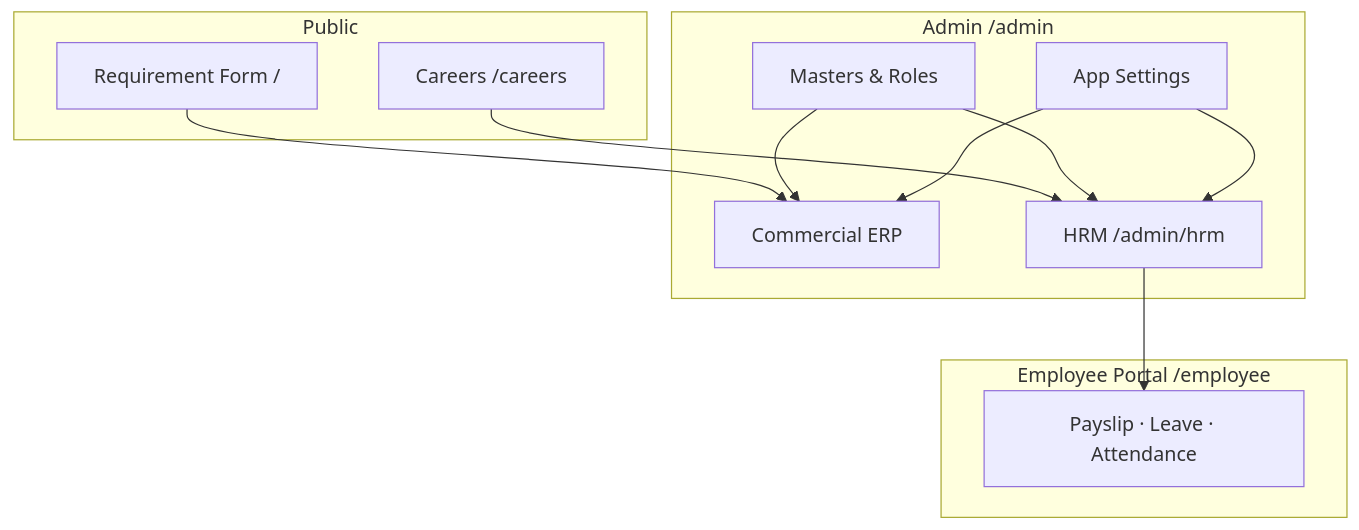
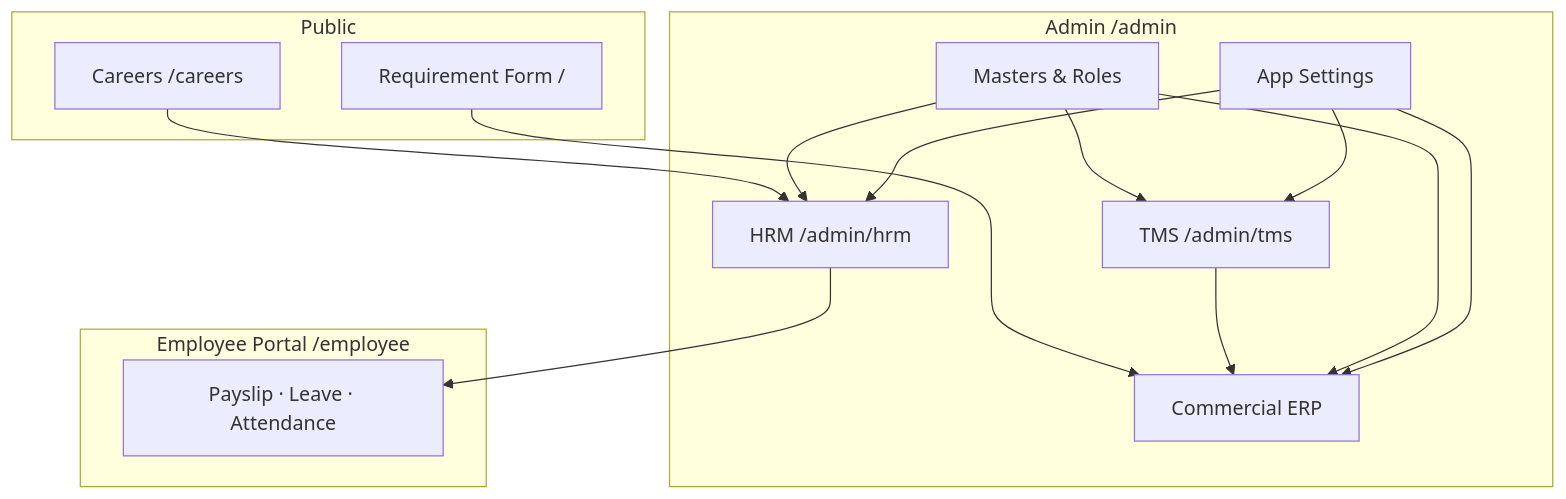
The diagram in README.md (shawonmisdept/norbangroup-erp), drawn with Mermaid before and after one commit. The commit also changed other lines of this file, not shown here.

First line of the commit message:
Update README to Include TMS Features and Enhancements

````diff
--- a/README.md
+++ b/README.md
@@ -29,26 +29,30 @@
 ```mermaid
 flowchart TB
     subgraph Public
         A[Requirement Form /]
         B[Careers /careers]
     end
 
     subgraph Admin["Admin /admin"]
         C[Commercial ERP]
         D[HRM /admin/hrm]
+        H[TMS /admin/tms]
         E[Masters & Roles]
         F[App Settings]
     end
 
     subgraph Portal["Employee Portal /employee"]
         G[Payslip · Leave · Attendance]
     end
 
     A --> C
     B --> D
     D --> G
+    H --> C
     E --> C
     E --> D
+    E --> H
     F --> C
     F --> D
+    F --> H
 ```
````
